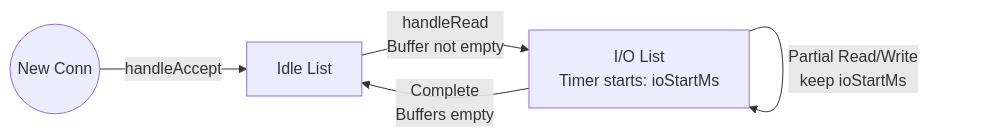
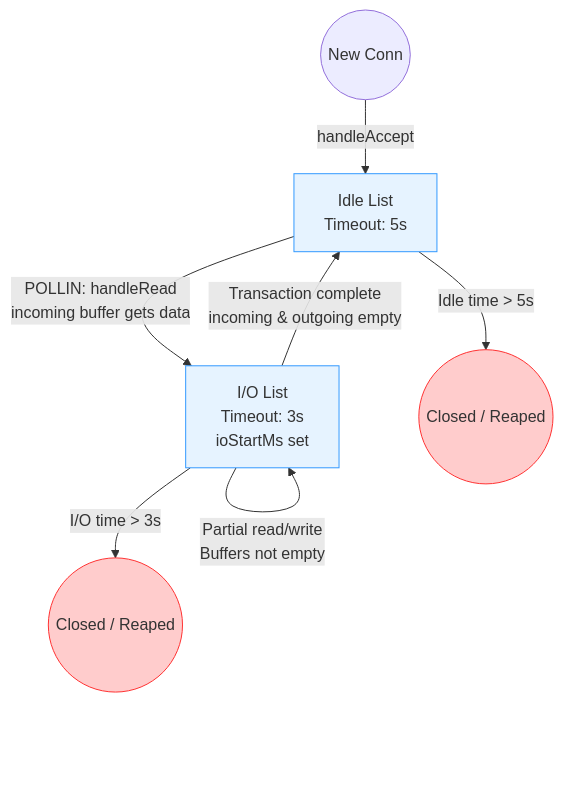
The diagram in list/README.md (AbhisekDas01/Redis-Server), drawn with Mermaid before and after one commit. The commit also changed other lines of this file, not shown here.

Commit message:
docs: update connection state diagram to include timeouts and reaping logic

````diff
--- a/list/README.md
+++ b/list/README.md
@@ -65,7 +65,22 @@
 ```mermaid
-graph LR
-    Start((New Conn)) -->|handleAccept| Idle[Idle List]
-    Idle -->|handleRead<br>Buffer not empty| IO[I/O List<br>Timer starts: ioStartMs]
-    IO -->|Partial Read/Write<br>keep ioStartMs| IO
-    IO -->|Complete<br>Buffers empty| Idle
+graph TD
+    Start((New Conn)) -->|handleAccept| Idle[Idle List<br/>Timeout: 5s]
+    
+    %% Transition to I/O List
+    Idle -->|POLLIN: handleRead<br/>incoming buffer gets data| IO[I/O List<br/>Timeout: 3s<br/>ioStartMs set]
+    
+    %% Loop during active transmission
+    IO -->|Partial read/write<br/>Buffers not empty| IO
+    
+    %% Return to Idle
+    IO -->|Transaction complete<br/>incoming & outgoing empty| Idle
+    
+    %% Timeout reaping
+    Idle -->|Idle time > 5s| Reaped1((Closed / Reaped))
+    IO -->|I/O time > 3s| Reaped2((Closed / Reaped))
+    
+    classDef reaped fill:#ffcccc,stroke:#ff3333,stroke-width:1px;
+    classDef active fill:#e6f3ff,stroke:#3399ff,stroke-width:1px;
+    class Reaped1,Reaped2 reaped;
+    class Idle,IO active;
 ```
````
